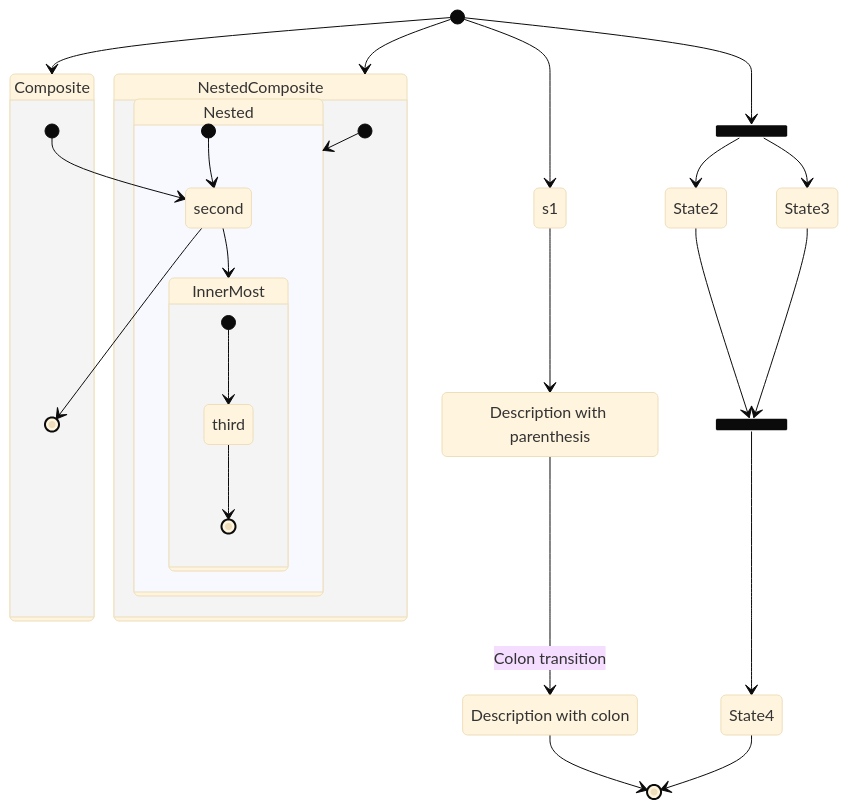
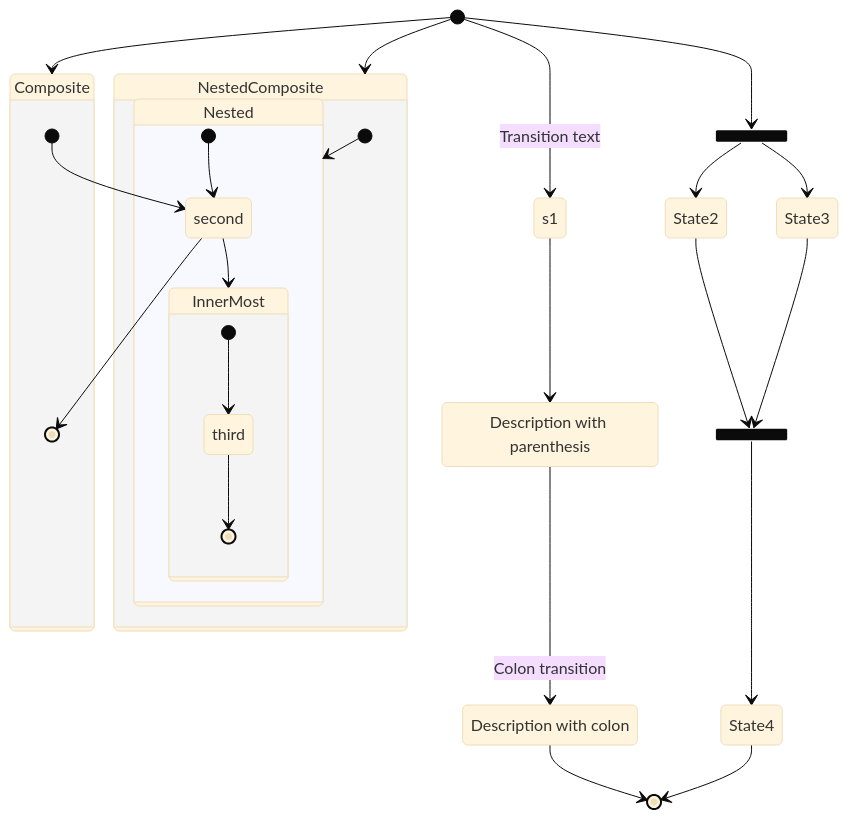
The sixth of 6 diagrams in README.md (bpruitt-goddard/vscode-mermaid-syntax-highlight), drawn with Mermaid (base theme) before and after one commit. The commit also changed other lines of this file and 2 other files, not shown here.

Commit message:
feat: add transition support

````diff
--- a/README.md
+++ b/README.md
@@ -223,44 +223,44 @@
 ```mermaid
 stateDiagram %%comment
   s1
   state "Description with parenthesis" as s2
   s3 : Description with colon
 
   s1 --> s2
   s2 --> s3: Colon transition
-  [*] --> s1
+  [*] --> s1 : Transition text
   s3 --> [*]
 
   [*] --> Composite
   state Composite {
       [*] --> second
       second --> [*]
   }
 
   [*] --> NestedComposite
 
   state NestedComposite {
       [*] --> Nested
 
       state Nested {
           [*] --> second
           second --> InnerMost
 
           state InnerMost {
               [*] --> third
               third --> [*]
           }
       }
   }
 
   state fork_state <<fork>>
       [*] --> fork_state
       fork_state --> State2
       fork_state --> State3
 
       state join_state <<join>>
       State2 --> join_state
       State3 --> join_state
       join_state --> State4
       State4 --> [*]
 ```
````
